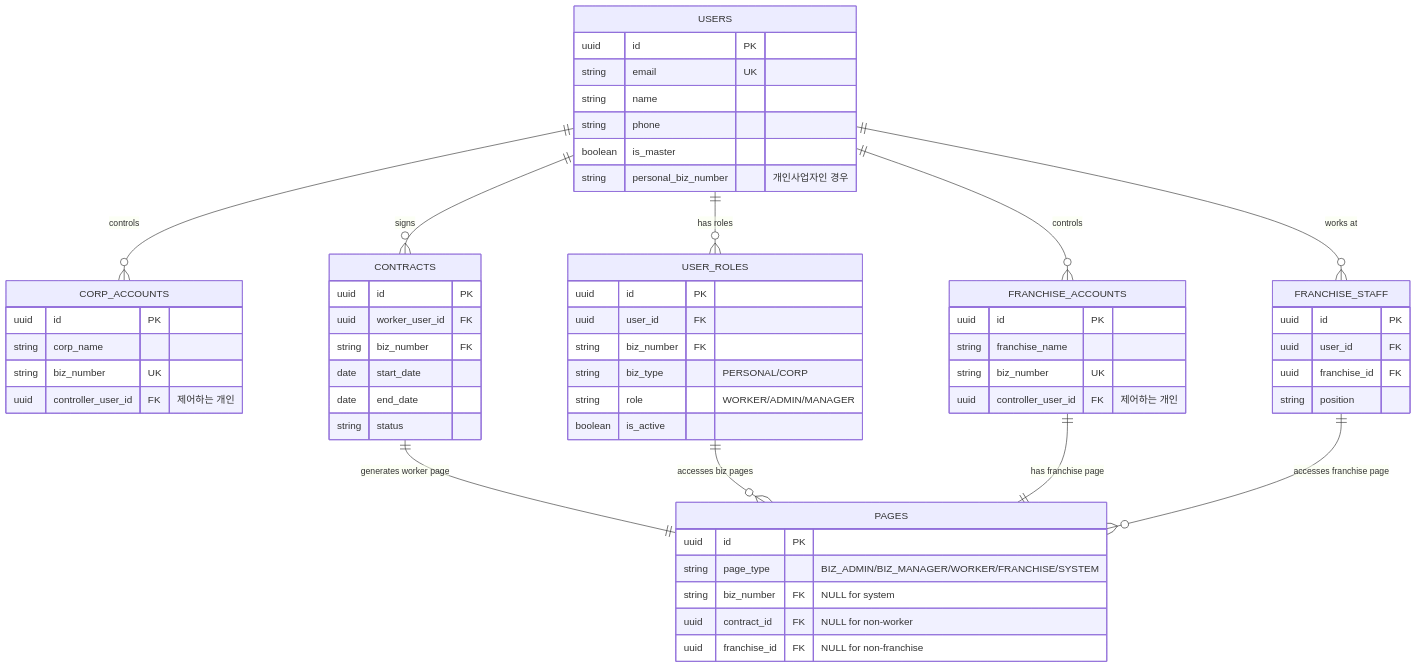
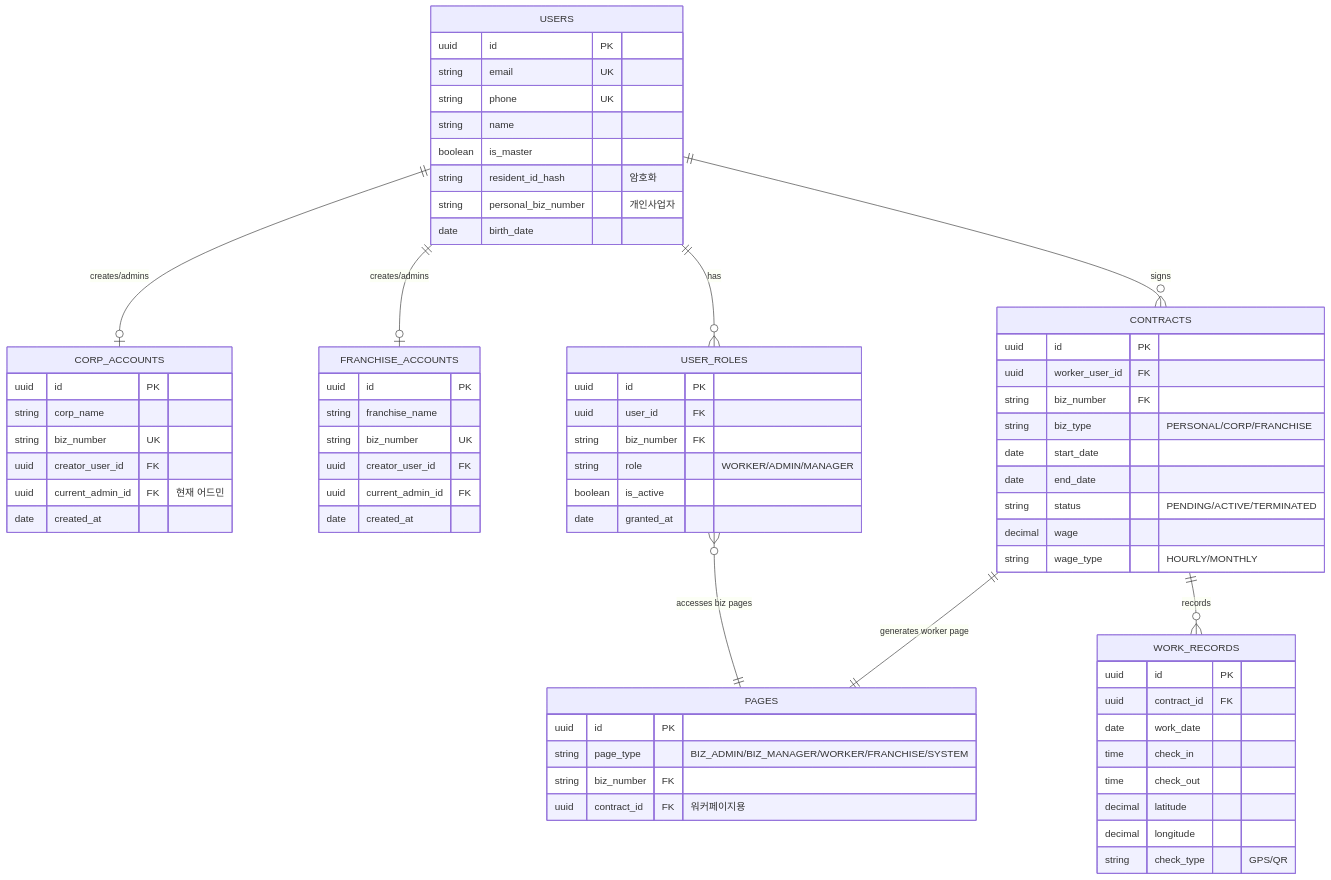
One commit to crazybass81/DOT changed the fourth of 8 diagrams in services/attendance/user-permission-diagram.md. Above: the diagram before and after it, drawn with Mermaid. The commit also changed other lines of this file, not shown here.

````diff
--- a/services/attendance/user-permission-diagram.md
+++ b/services/attendance/user-permission-diagram.md
@@ -120,68 +173,78 @@
 ```mermaid
 erDiagram
     USERS {
         uuid id PK
         string email UK
+        string phone UK
         string name
-        string phone
         boolean is_master
-        string personal_biz_number "개인사업자인 경우"
+        string resident_id_hash "암호화"
+        string personal_biz_number "개인사업자"
+        date birth_date
     }
     
     CORP_ACCOUNTS {
         uuid id PK
         string corp_name
         string biz_number UK
-        uuid controller_user_id FK "제어하는 개인"
+        uuid creator_user_id FK
+        uuid current_admin_id FK "현재 어드민"
+        date created_at
     }
     
     FRANCHISE_ACCOUNTS {
         uuid id PK
         string franchise_name
         string biz_number UK
-        uuid controller_user_id FK "제어하는 개인"
+        uuid creator_user_id FK
+        uuid current_admin_id FK
+        date created_at
+    }
+    
+    CONTRACTS {
+        uuid id PK
+        uuid worker_user_id FK
+        string biz_number FK
+        string biz_type "PERSONAL/CORP/FRANCHISE"
+        date start_date
+        date end_date
+        string status "PENDING/ACTIVE/TERMINATED"
+        decimal wage
+        string wage_type "HOURLY/MONTHLY"
     }
     
     USER_ROLES {
         uuid id PK
         uuid user_id FK
         string biz_number FK
-        string biz_type "PERSONAL/CORP"
         string role "WORKER/ADMIN/MANAGER"
         boolean is_active
-    }
-    
-    FRANCHISE_STAFF {
-        uuid id PK
-        uuid user_id FK
-        uuid franchise_id FK
-        string position
-    }
-    
-    CONTRACTS {
-        uuid id PK
-        uuid worker_user_id FK
-        string biz_number FK
-        date start_date
-        date end_date
-        string status
+        date granted_at
     }
     
     PAGES {
         uuid id PK
         string page_type "BIZ_ADMIN/BIZ_MANAGER/WORKER/FRANCHISE/SYSTEM"
-        string biz_number FK "NULL for system"
-        uuid contract_id FK "NULL for non-worker"
-        uuid franchise_id FK "NULL for non-franchise"
+        string biz_number FK
+        uuid contract_id FK "워커페이지용"
     }
     
-    USERS ||--o{ USER_ROLES : "has roles"
-    USERS ||--o{ CORP_ACCOUNTS : "controls"
-    USERS ||--o{ FRANCHISE_ACCOUNTS : "controls"
-    USERS ||--o{ FRANCHISE_STAFF : "works at"
+    WORK_RECORDS {
+        uuid id PK
+        uuid contract_id FK
+        date work_date
+        time check_in
+        time check_out
+        decimal latitude
+        decimal longitude
+        string check_type "GPS/QR"
+    }
+    
     USERS ||--o{ CONTRACTS : "signs"
+    USERS ||--o{ USER_ROLES : "has"
+    USERS ||--o| CORP_ACCOUNTS : "creates/admins"
+    USERS ||--o| FRANCHISE_ACCOUNTS : "creates/admins"
     CONTRACTS ||--|| PAGES : "generates worker page"
-    USER_ROLES ||--o{ PAGES : "accesses biz pages"
-    FRANCHISE_ACCOUNTS ||--|| PAGES : "has franchise page"
-    FRANCHISE_STAFF ||--o{ PAGES : "accesses franchise page"
+    CONTRACTS ||--o{ WORK_RECORDS : "records"
+    USER_ROLES }o--|| PAGES : "accesses biz pages"
 ```
````
